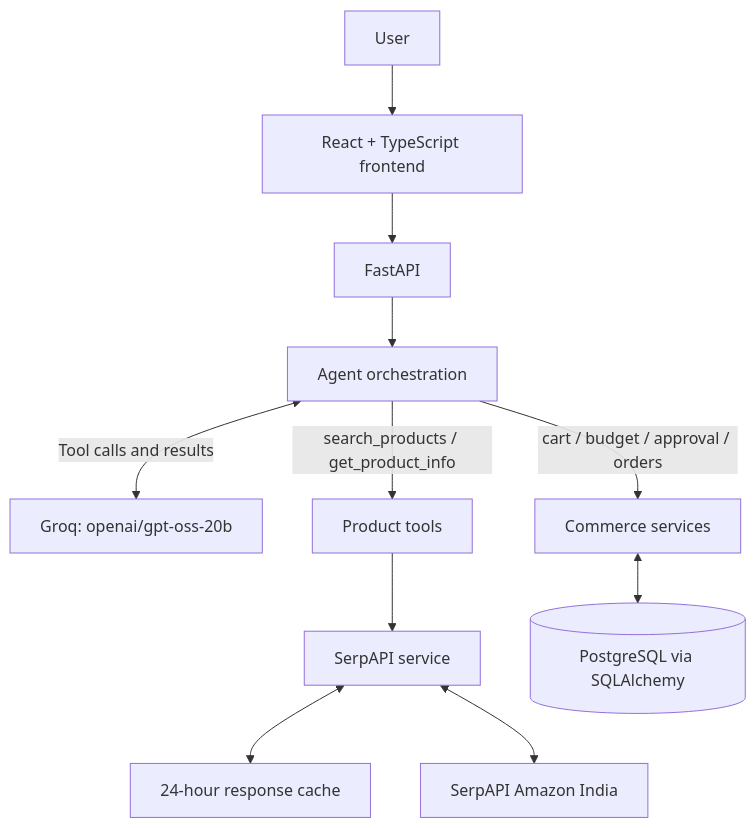
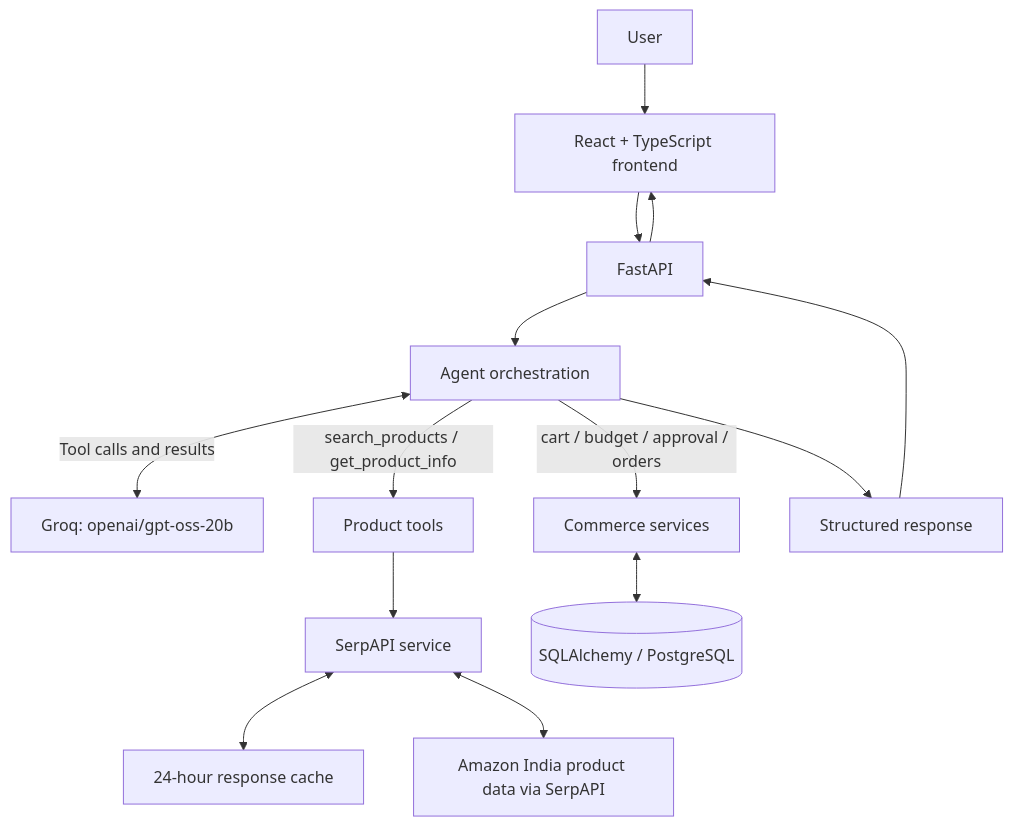
One commit to Kushagra9399/Agentic-E-Commerce changed the diagram in docs/ARCHITECTURE_AND_3_MIN_DEMO.md. Above: the diagram before and after it, drawn with Mermaid. The commit also changed other lines of this file, not shown here.

Commit message:
docs: present architecture strengths and future scope

````diff
--- a/docs/ARCHITECTURE_AND_3_MIN_DEMO.md
+++ b/docs/ARCHITECTURE_AND_3_MIN_DEMO.md
@@ -7,13 +7,15 @@
 ```mermaid
 flowchart TD
     U[User] --> FE[React + TypeScript frontend]
     FE --> API[FastAPI]
     API --> AG[Agent orchestration]
     AG <-->|Tool calls and results| LLM[Groq: openai/gpt-oss-20b]
     AG -->|search_products / get_product_info| PT[Product tools]
     PT --> SS[SerpAPI service]
     SS <--> CACHE[24-hour response cache]
-    SS <--> SERP[SerpAPI Amazon India]
+    SS <--> SERP[Amazon India product data via SerpAPI]
     AG -->|cart / budget / approval / orders| CT[Commerce services]
-    CT <--> DB[(PostgreSQL via SQLAlchemy)]
+    CT <--> DB[(SQLAlchemy / PostgreSQL)]
+    AG --> RESP[Structured response]
+    RESP --> API --> FE
 ```
````
